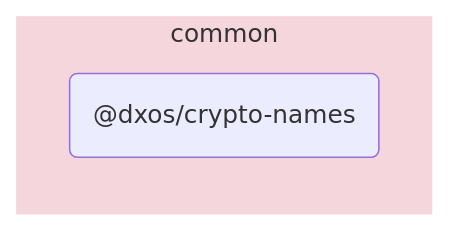
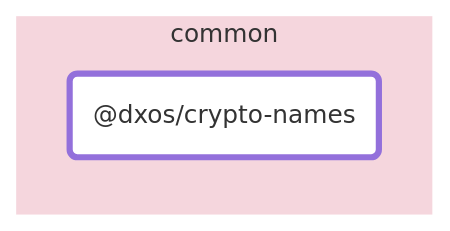
The diagram in packages/common/crypto-names/docs/README.md (dxos/dxos), drawn with Mermaid before and after one commit. The commit also changed other lines of this file and 88 other files, not shown here.

````diff
--- a/packages/common/crypto-names/docs/README.md
+++ b/packages/common/crypto-names/docs/README.md
@@ -5,9 +7,12 @@
 ```mermaid
 flowchart LR;
+
+style dxos/crypto-names fill:#fff,stroke-width:4px;
+
 
 subgraph common
   style common fill:#f5d6dd,stroke:#fff;
   dxos/crypto-names("@dxos/crypto-names");
 end
 
 ```
````
